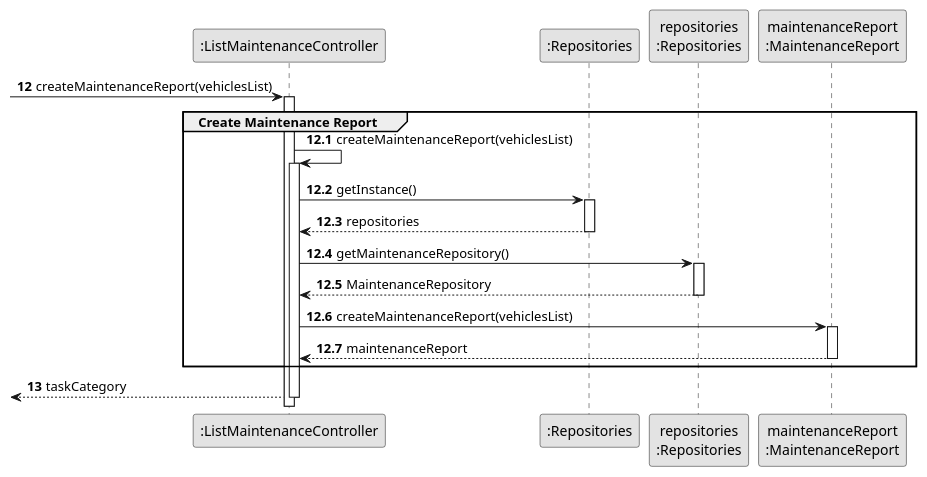
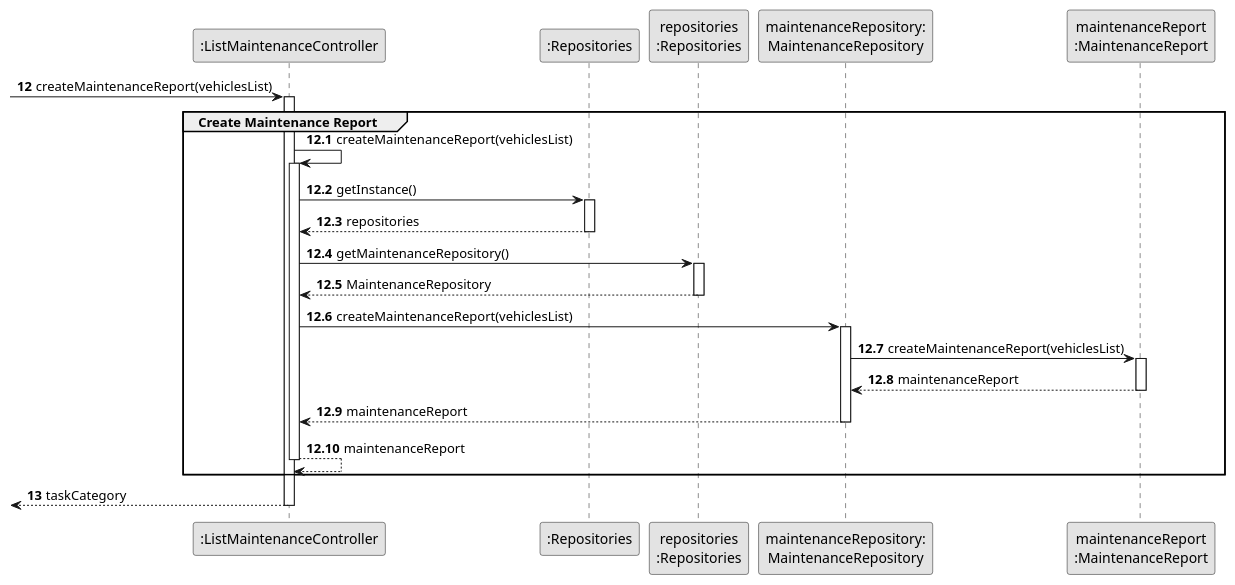
The diagram in docs/sprintB/us008/03.design/puml/us008-sequence-diagram-partial-create-maintenance-report.puml (ricardomm7/leaflink), drawn with PlantUML before and after one commit. The commit also changed 7 other files, not shown here.

```diff
--- a/docs/sprintB/us008/03.design/puml/us008-sequence-diagram-partial-create-maintenance-report.puml
+++ b/docs/sprintB/us008/03.design/puml/us008-sequence-diagram-partial-create-maintenance-report.puml
@@ -1,48 +1,58 @@
 @startuml
 skinparam monochrome true
 skinparam packageStyle rectangle
 skinparam shadowing false
 
 participant ":ListMaintenanceController" as CTRL
 participant ":Repositories" as RepositorySingleton
 participant "repositories\n:Repositories" as PLAT
+participant "maintenanceRepository:\nMaintenanceRepository" as MaintenanceRepository
 participant "maintenanceReport\n:MaintenanceReport" as MaintenanceReport
 
 autonumber 12
 -> CTRL : createMaintenanceReport(vehiclesList)
 
 autonumber 12.1
 
 activate CTRL
     group Create Maintenance Report
 
         CTRL -> CTRL : createMaintenanceReport(vehiclesList)
-        activate CTRL
+                    activate CTRL
 
-        CTRL -> RepositorySingleton : getInstance()
-        activate RepositorySingleton
+                        CTRL -> RepositorySingleton : getInstance()
+                        activate RepositorySingleton
 
-        RepositorySingleton --> CTRL: repositories
-        deactivate RepositorySingleton
+                            RepositorySingleton --> CTRL: repositories
+                        deactivate RepositorySingleton
 
-        CTRL -> PLAT : getMaintenanceRepository()
-        activate PLAT
+                        CTRL -> PLAT : getMaintenanceRepository()
+                        activate PLAT
 
-        PLAT --> CTRL: MaintenanceRepository
-        deactivate PLAT
+                            PLAT --> CTRL: MaintenanceRepository
+                        deactivate PLAT
 
-        CTRL -> MaintenanceReport : createMaintenanceReport(vehiclesList)
-        activate MaintenanceReport
+                        CTRL -> MaintenanceRepository : createMaintenanceReport(vehiclesList)
+                        activate MaintenanceRepository
 
-        MaintenanceReport --> CTRL : maintenanceReport
-        deactivate MaintenanceReport
+                            MaintenanceRepository -> MaintenanceReport : createMaintenanceReport(vehiclesList)
+                            activate MaintenanceReport
+
+                            MaintenanceReport --> MaintenanceRepository : maintenanceReport
+                            deactivate MaintenanceReport
+
+                        MaintenanceRepository --> CTRL : maintenanceReport
+                        deactivate MaintenanceRepository
+
+                    CTRL --> CTRL : maintenanceReport
+                    deactivate CTRL
 
     end group
 
     autonumber 13
     <-- CTRL : taskCategory
 
 deactivate CTRL
 
 
 @enduml
```
